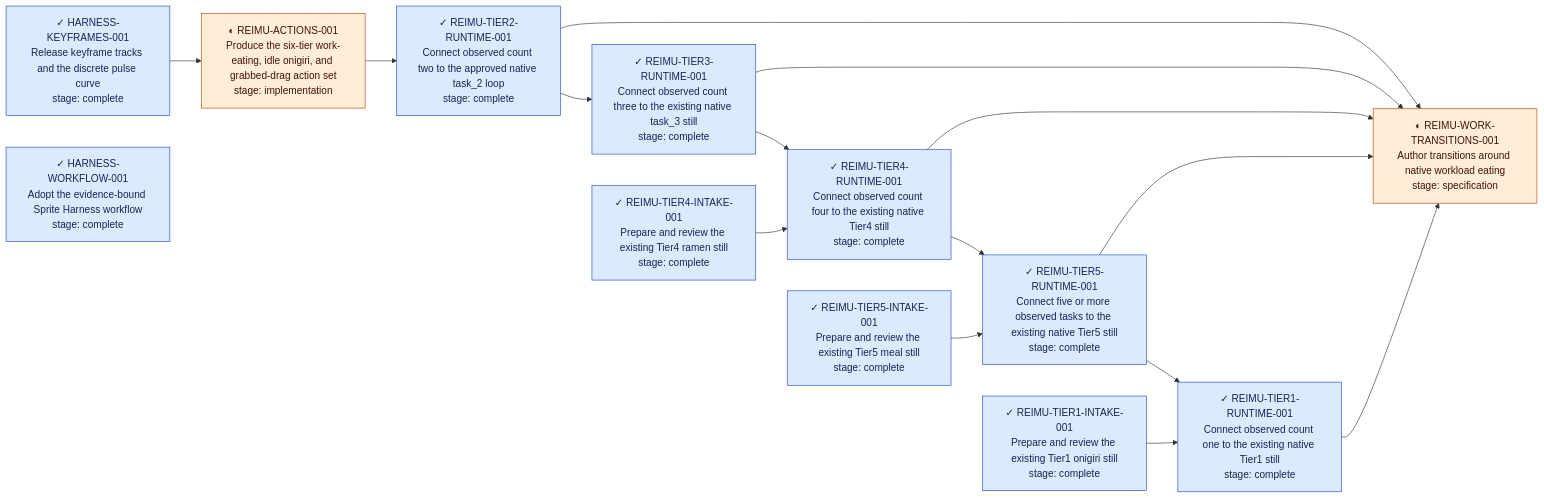
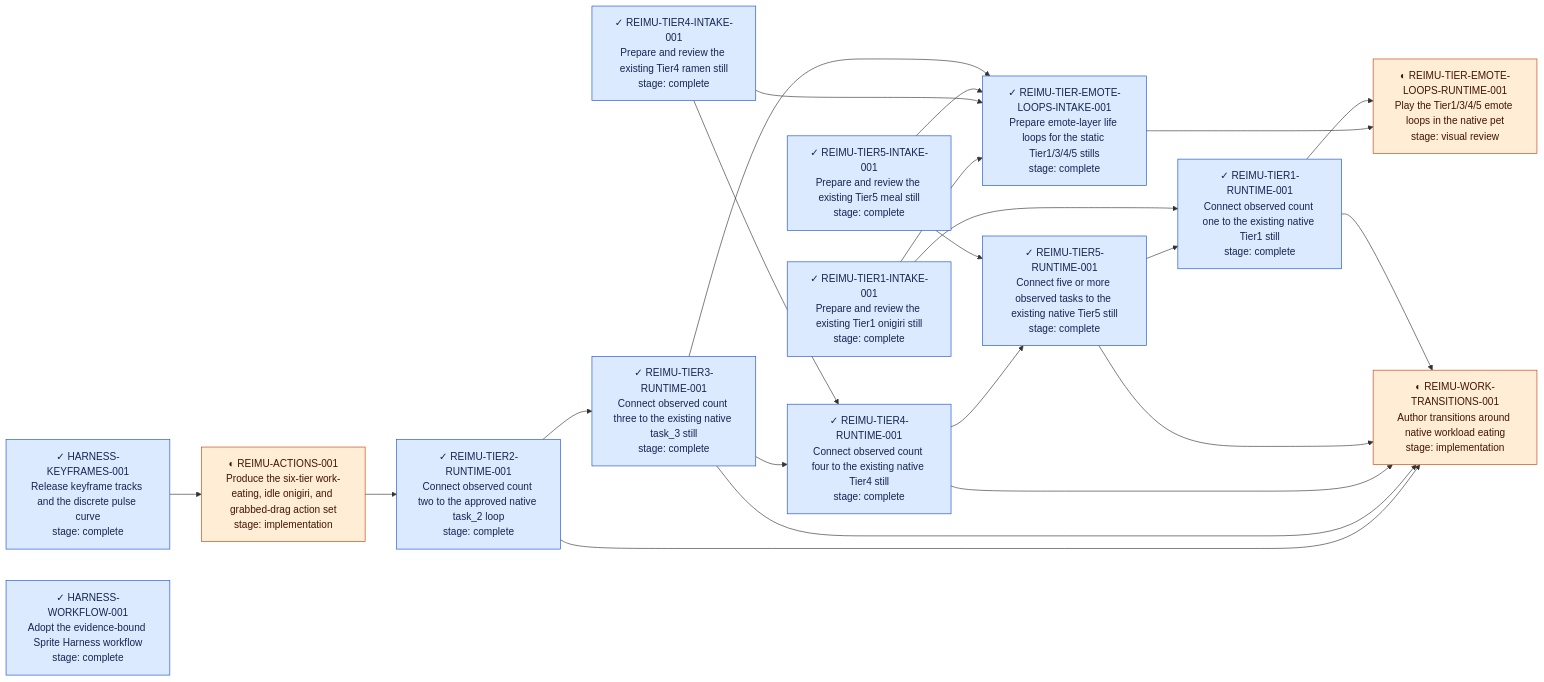
One commit to lyw-ops/Spirite-harness changed the diagram in workflow/TREE.mmd. Above: the diagram before and after it, drawn with Mermaid. The commit also changed 11 other files, not shown here.

First line of the commit message:
Record Reimu 1.14 emote loops and work-transition attempts

```diff
--- a/workflow/TREE.mmd
+++ b/workflow/TREE.mmd
@@ -1,32 +1,40 @@
 flowchart LR
     N_HARNESS_KEYFRAMES_001["✓ HARNESS-KEYFRAMES-001<br/>Release keyframe tracks and the discrete pulse curve<br/>stage: complete"]
     N_HARNESS_WORKFLOW_001["✓ HARNESS-WORKFLOW-001<br/>Adopt the evidence-bound Sprite Harness workflow<br/>stage: complete"]
     N_REIMU_ACTIONS_001["◐ REIMU-ACTIONS-001<br/>Produce the six-tier work-eating, idle onigiri, and grabbed-drag action set<br/>stage: implementation"]
+    N_REIMU_TIER_EMOTE_LOOPS_INTAKE_001["✓ REIMU-TIER-EMOTE-LOOPS-INTAKE-001<br/>Prepare emote-layer life loops for the static Tier1/3/4/5 stills<br/>stage: complete"]
+    N_REIMU_TIER_EMOTE_LOOPS_RUNTIME_001["◐ REIMU-TIER-EMOTE-LOOPS-RUNTIME-001<br/>Play the Tier1/3/4/5 emote loops in the native pet<br/>stage: visual review"]
     N_REIMU_TIER1_INTAKE_001["✓ REIMU-TIER1-INTAKE-001<br/>Prepare and review the existing Tier1 onigiri still<br/>stage: complete"]
     N_REIMU_TIER1_RUNTIME_001["✓ REIMU-TIER1-RUNTIME-001<br/>Connect observed count one to the existing native Tier1 still<br/>stage: complete"]
     N_REIMU_TIER2_RUNTIME_001["✓ REIMU-TIER2-RUNTIME-001<br/>Connect observed count two to the approved native task_2 loop<br/>stage: complete"]
     N_REIMU_TIER3_RUNTIME_001["✓ REIMU-TIER3-RUNTIME-001<br/>Connect observed count three to the existing native task_3 still<br/>stage: complete"]
     N_REIMU_TIER4_INTAKE_001["✓ REIMU-TIER4-INTAKE-001<br/>Prepare and review the existing Tier4 ramen still<br/>stage: complete"]
     N_REIMU_TIER4_RUNTIME_001["✓ REIMU-TIER4-RUNTIME-001<br/>Connect observed count four to the existing native Tier4 still<br/>stage: complete"]
     N_REIMU_TIER5_INTAKE_001["✓ REIMU-TIER5-INTAKE-001<br/>Prepare and review the existing Tier5 meal still<br/>stage: complete"]
     N_REIMU_TIER5_RUNTIME_001["✓ REIMU-TIER5-RUNTIME-001<br/>Connect five or more observed tasks to the existing native Tier5 still<br/>stage: complete"]
-    N_REIMU_WORK_TRANSITIONS_001["◐ REIMU-WORK-TRANSITIONS-001<br/>Author transitions around native workload eating<br/>stage: specification"]
+    N_REIMU_WORK_TRANSITIONS_001["◐ REIMU-WORK-TRANSITIONS-001<br/>Author transitions around native workload eating<br/>stage: implementation"]
     N_HARNESS_KEYFRAMES_001 --> N_REIMU_ACTIONS_001
+    N_REIMU_TIER1_INTAKE_001 --> N_REIMU_TIER_EMOTE_LOOPS_INTAKE_001
+    N_REIMU_TIER4_INTAKE_001 --> N_REIMU_TIER_EMOTE_LOOPS_INTAKE_001
+    N_REIMU_TIER5_INTAKE_001 --> N_REIMU_TIER_EMOTE_LOOPS_INTAKE_001
+    N_REIMU_TIER3_RUNTIME_001 --> N_REIMU_TIER_EMOTE_LOOPS_INTAKE_001
+    N_REIMU_TIER_EMOTE_LOOPS_INTAKE_001 --> N_REIMU_TIER_EMOTE_LOOPS_RUNTIME_001
+    N_REIMU_TIER1_RUNTIME_001 --> N_REIMU_TIER_EMOTE_LOOPS_RUNTIME_001
     N_REIMU_TIER5_RUNTIME_001 --> N_REIMU_TIER1_RUNTIME_001
     N_REIMU_TIER1_INTAKE_001 --> N_REIMU_TIER1_RUNTIME_001
     N_REIMU_ACTIONS_001 --> N_REIMU_TIER2_RUNTIME_001
     N_REIMU_TIER2_RUNTIME_001 --> N_REIMU_TIER3_RUNTIME_001
     N_REIMU_TIER3_RUNTIME_001 --> N_REIMU_TIER4_RUNTIME_001
     N_REIMU_TIER4_INTAKE_001 --> N_REIMU_TIER4_RUNTIME_001
     N_REIMU_TIER4_RUNTIME_001 --> N_REIMU_TIER5_RUNTIME_001
     N_REIMU_TIER5_INTAKE_001 --> N_REIMU_TIER5_RUNTIME_001
     N_REIMU_TIER2_RUNTIME_001 --> N_REIMU_WORK_TRANSITIONS_001
     N_REIMU_TIER3_RUNTIME_001 --> N_REIMU_WORK_TRANSITIONS_001
     N_REIMU_TIER4_RUNTIME_001 --> N_REIMU_WORK_TRANSITIONS_001
     N_REIMU_TIER5_RUNTIME_001 --> N_REIMU_WORK_TRANSITIONS_001
     N_REIMU_TIER1_RUNTIME_001 --> N_REIMU_WORK_TRANSITIONS_001
     classDef complete fill:#dbeafe,stroke:#1d4ed8,color:#172554;
     classDef active fill:#ffedd5,stroke:#c2410c,color:#431407;
     classDef blocked fill:#fee2e2,stroke:#b91c1c,color:#450a0a;
-    class N_HARNESS_KEYFRAMES_001,N_HARNESS_WORKFLOW_001,N_REIMU_TIER1_INTAKE_001,N_REIMU_TIER1_RUNTIME_001,N_REIMU_TIER2_RUNTIME_001,N_REIMU_TIER3_RUNTIME_001,N_REIMU_TIER4_INTAKE_001,N_REIMU_TIER4_RUNTIME_001,N_REIMU_TIER5_INTAKE_001,N_REIMU_TIER5_RUNTIME_001 complete;
-    class N_REIMU_ACTIONS_001,N_REIMU_WORK_TRANSITIONS_001 active;
+    class N_HARNESS_KEYFRAMES_001,N_HARNESS_WORKFLOW_001,N_REIMU_TIER_EMOTE_LOOPS_INTAKE_001,N_REIMU_TIER1_INTAKE_001,N_REIMU_TIER1_RUNTIME_001,N_REIMU_TIER2_RUNTIME_001,N_REIMU_TIER3_RUNTIME_001,N_REIMU_TIER4_INTAKE_001,N_REIMU_TIER4_RUNTIME_001,N_REIMU_TIER5_INTAKE_001,N_REIMU_TIER5_RUNTIME_001 complete;
+    class N_REIMU_ACTIONS_001,N_REIMU_TIER_EMOTE_LOOPS_RUNTIME_001,N_REIMU_WORK_TRANSITIONS_001 active;
```
